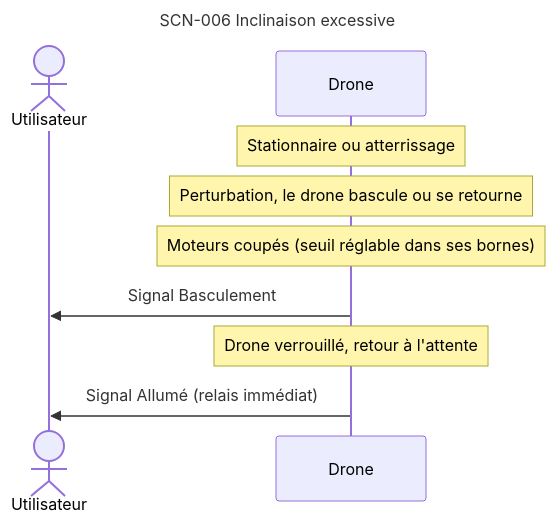
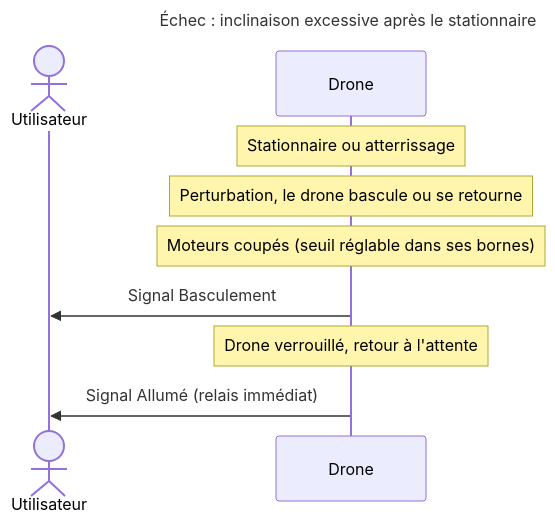
Before and after one commit to thourymatthieu-png/coworker_archi_system: the tenth of 15 diagrams in projets/boomrone/00-scenarios.md, drawn with Mermaid. The commit also changed other lines of this file and 6 other files, not shown here.

````diff
--- a/projets/boomrone/00-scenarios.md
+++ b/projets/boomrone/00-scenarios.md
@@ -552,14 +619,14 @@
 ```mermaid
 ---
-title: "SCN-006 Inclinaison excessive"
+title: "Échec : inclinaison excessive après le stationnaire"
 ---
 sequenceDiagram
     actor U as Utilisateur
     participant D as Drone
     Note over D: Stationnaire ou atterrissage
     Note over D: Perturbation, le drone bascule ou se retourne
     Note over D: Moteurs coupés (seuil réglable dans ses bornes)
     D->>U: Signal Basculement
     Note over D: Drone verrouillé, retour à l'attente
     D->>U: Signal Allumé (relais immédiat)
 ```
````
